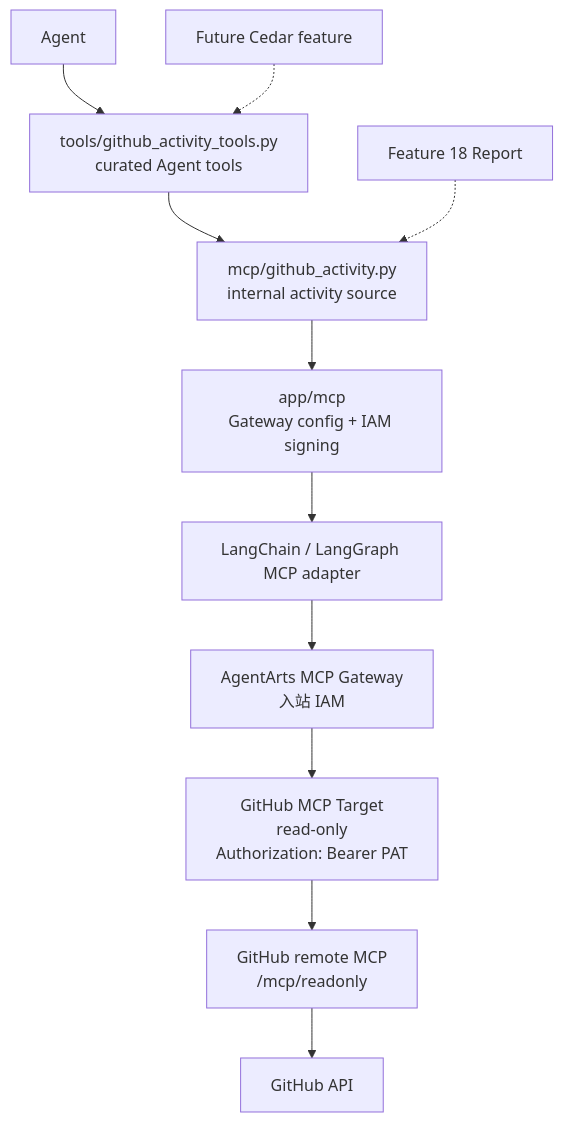
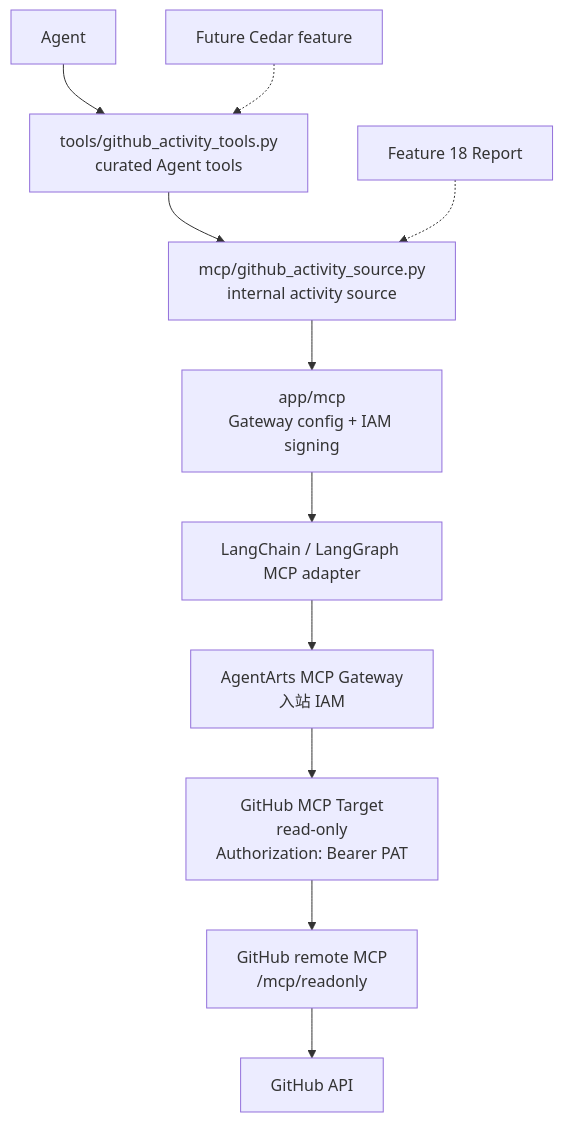
Before and after one commit to T-1009/personal-assistant: the first of 2 diagrams in personal-assistant-meta/issues/features/backlog/feature-17-github-mcp-data-source/plan.md, drawn with Mermaid. The commit also changed other lines of this file and 24 other files, not shown here.

Commit message:
fix(Feature-17): align GitHub MCP source and Agent tool contracts and improve PR activity queries

````diff
--- a/personal-assistant-meta/issues/features/backlog/feature-17-github-mcp-data-source/plan.md
+++ b/personal-assistant-meta/issues/features/backlog/feature-17-github-mcp-data-source/plan.md
@@ -27,24 +28,24 @@
 ```mermaid
 flowchart TB
     Agent["Agent"]
     ToolFacade["tools/github_activity_tools.py<br/>curated Agent tools"]
-    Source["mcp/github_activity.py<br/>internal activity source"]
+    Source["mcp/github_activity_source.py<br/>internal activity source"]
     MCPConfig["app/mcp<br/>Gateway config + IAM signing"]
     Adapter["LangChain / LangGraph MCP adapter"]
     Gateway["AgentArts MCP Gateway<br/>入站 IAM"]
     Target["GitHub MCP Target<br/>read-only<br/>Authorization: Bearer PAT"]
     GitHubMCP["GitHub remote MCP<br/>/mcp/readonly"]
     GitHubAPI["GitHub API"]
 
     Agent --> ToolFacade
     ToolFacade --> Source
     Source --> MCPConfig
     MCPConfig --> Adapter
     Adapter --> Gateway
     Gateway --> Target
     Target --> GitHubMCP
     GitHubMCP --> GitHubAPI
 
     Report["Feature 18 Report"] -.-> Source
     Cedar["Future Cedar feature"] -.-> ToolFacade
 ```
````
